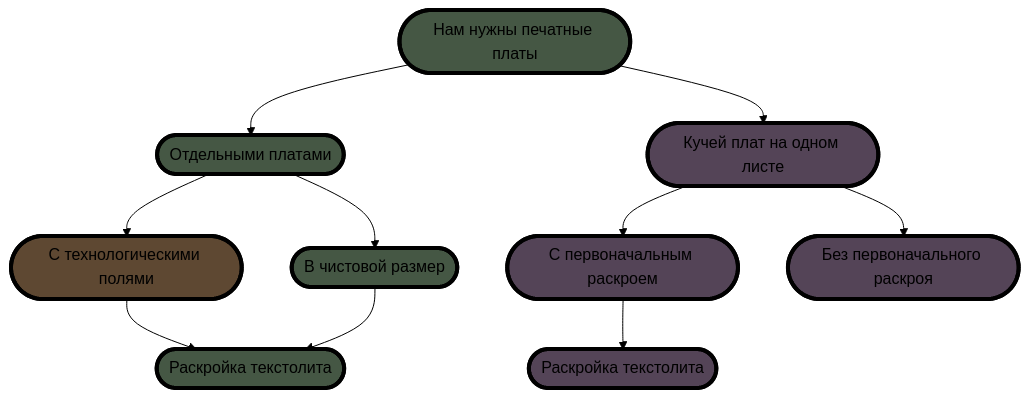
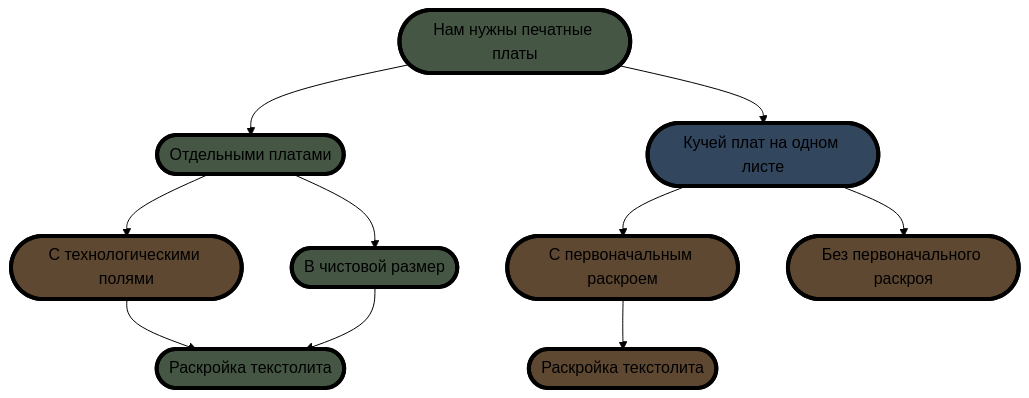
The second of 2 diagrams in README.md (ufrs12/OLTA-RU), drawn with Mermaid (forest theme) before and after one commit.

````diff
--- a/README.md
+++ b/README.md
@@ -37,27 +37,29 @@
 ```mermaid
 graph TD;
-classDef class1 fill:#455744, stroke:#000, stroke-width:4px
-classDef class2 fill:#544457, stroke:#000, stroke-width:4px
-classDef class3 fill:#5e4832, stroke:#000, stroke-width:4px
+classDef class1 fill:#544457, stroke:#000, stroke-width:4px
+classDef class2 fill:#32465e, stroke:#000, stroke-width:4px
+classDef class3 fill:#455744, stroke:#000, stroke-width:4px
+classDef class4 fill:#5e4832, stroke:#000, stroke-width:4px
+classDef class5 fill:#5e3332, stroke:#000, stroke-width:4px
 
-    Z([Нам нужны печатные платы]):::class1
-    A([Отдельными платами]):::class1
+    Z([Нам нужны печатные платы]):::class3
+    A([Отдельными платами]):::class3
     B([Кучей плат на одном листе]):::class2
-    C([С технологическими полями]):::class3
-    D([В чистовой размер]):::class1
-    E([С первоначальным раскроем]):::class2
-    F([Без первоначального раскроя]):::class2
-    G([Раскройка текстолита]):::class1
-    H([Раскройка текстолита]):::class2
+    C([С технологическими полями]):::class4
+    D([В чистовой размер]):::class3
+    E([С первоначальным раскроем]):::class4
+    F([Без первоначального раскроя]):::class4
+    G([Раскройка текстолита]):::class3
+    H([Раскройка текстолита]):::class4
     Z-->A;
     Z-->B;
 
     A-->C;
     A-->D;
     C-->G;
     D-->G;
 
     B-->E;
     B-->F;
     E-->H;
 ```
````
